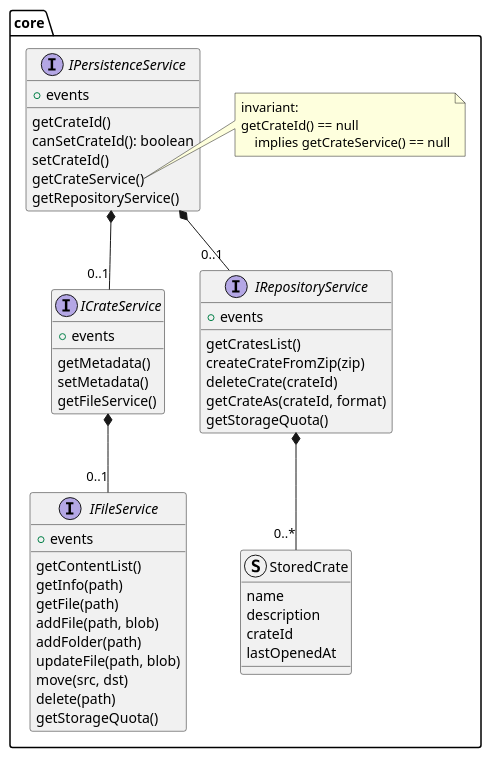
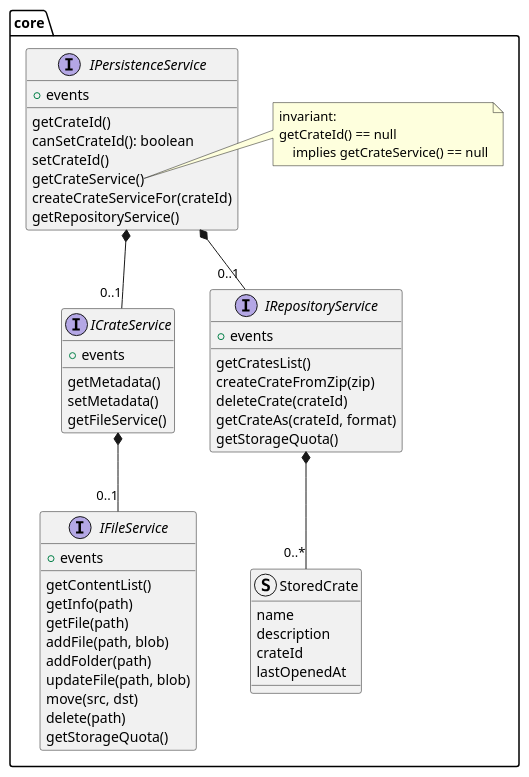
Before and after one commit to kit-data-manager/NovaCrate: the diagram in docs/figures/lib-v2/lib-persistence.plantuml, drawn with PlantUML. The commit also changed 15 other files, not shown here.

```diff
--- a/docs/figures/lib-v2/lib-persistence.plantuml
+++ b/docs/figures/lib-v2/lib-persistence.plantuml
@@ -1,63 +1,64 @@
 @startuml
 
 package core {
     interface IPersistenceService {
         + events
         getCrateId()
         canSetCrateId(): boolean
         setCrateId()
         getCrateService()
+        createCrateServiceFor(crateId)
         getRepositoryService()
     }
 
     interface ICrateService {
         + events
         getMetadata()
         setMetadata()
         getFileService()
     }
 
     interface IFileService {
         + events
         getContentList()
         getInfo(path)
         getFile(path)
         addFile(path, blob)
         addFolder(path)
         updateFile(path, blob)
         move(src, dst)
         delete(path)
         getStorageQuota()
     }
 
     interface IRepositoryService {
         + events
         getCratesList()
         createCrateFromZip(zip)
         deleteCrate(crateId)
         getCrateAs(crateId, format)
         getStorageQuota()
     }
 
     struct StoredCrate {
         name
         description
         crateId
         lastOpenedAt
     }
 
     note right of IPersistenceService::getCrateService()
         invariant:
         getCrateId() == null
             implies getCrateService() == null
     end note
 
     IRepositoryService *-- "0..*" StoredCrate
     ICrateService *-- "0..1" IFileService
     IPersistenceService *-- "0..1" ICrateService
     IPersistenceService *-- "0..1" IRepositoryService
 }
 
 
 
 @enduml
```
